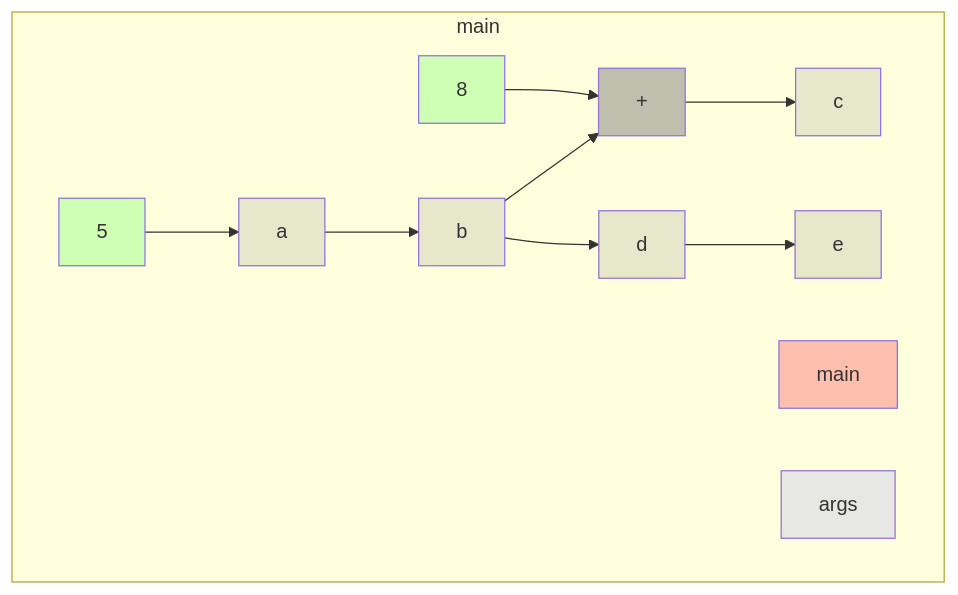
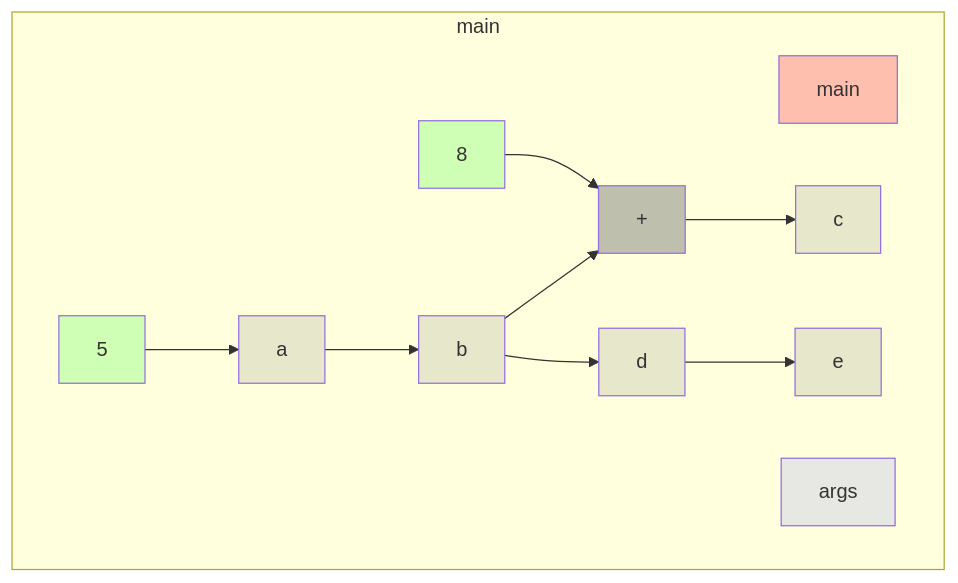
One commit to gstiebler/codeflow changed the diagram in app/src/test/resources/base/truth.md. Above: the diagram before and after it, drawn with Mermaid. The commit also changed 14 other files, not shown here.

````diff
--- a/app/src/test/resources/base/truth.md
+++ b/app/src/test/resources/base/truth.md
@@ -1,27 +1,27 @@
 ```mermaid
 flowchart TD
   subgraph 4309014["main"]
-    202069[a]:::VARIABLE
-    205367[5]:::LITERAL
-    209311[b]:::VARIABLE
-    216553[c]:::VARIABLE
-    219647[+]:::BIN_OP
-    221024[8]:::LITERAL
-    229286[d]:::VARIABLE
-    233638[e]:::VARIABLE
-    56996632[main]:::RETURN
-    1296540378[args]:::FUNC_PARAM
-    202069[a]:::VARIABLE --> 209311[b]:::VARIABLE
-    205367[5]:::LITERAL --> 202069[a]:::VARIABLE
-    209311[b]:::VARIABLE --> 219647[+]:::BIN_OP
-    209311[b]:::VARIABLE --> 229286[d]:::VARIABLE
-    219647[+]:::BIN_OP --> 216553[c]:::VARIABLE
-    221024[8]:::LITERAL --> 219647[+]:::BIN_OP
-    229286[d]:::VARIABLE --> 233638[e]:::VARIABLE
+    12536[d]:::VARIABLE
+    56853577[main]:::RETURN
+    390673380[5]:::LITERAL
+    390674016[+]:::BIN_OP
+    390674093[a]:::VARIABLE
+    390674177[b]:::VARIABLE
+    390674241[8]:::LITERAL
+    390674933[c]:::VARIABLE
+    390675131[e]:::VARIABLE
+    441716369[args]:::FUNC_PARAM
+    12536[d]:::VARIABLE --> 390675131[e]:::VARIABLE
+    390673380[5]:::LITERAL --> 390674093[a]:::VARIABLE
+    390674016[+]:::BIN_OP --> 390674933[c]:::VARIABLE
+    390674093[a]:::VARIABLE --> 390674177[b]:::VARIABLE
+    390674177[b]:::VARIABLE --> 390674016[+]:::BIN_OP
+    390674177[b]:::VARIABLE --> 12536[d]:::VARIABLE
+    390674241[8]:::LITERAL --> 390674016[+]:::BIN_OP
   end
   classDef LITERAL fill:#00FF0030
   classDef VARIABLE fill:#80808030
   classDef BIN_OP fill:#80808080
   classDef FUNC_PARAM fill:#8080FF30
   classDef RETURN fill:#FF808080
 ```
````
